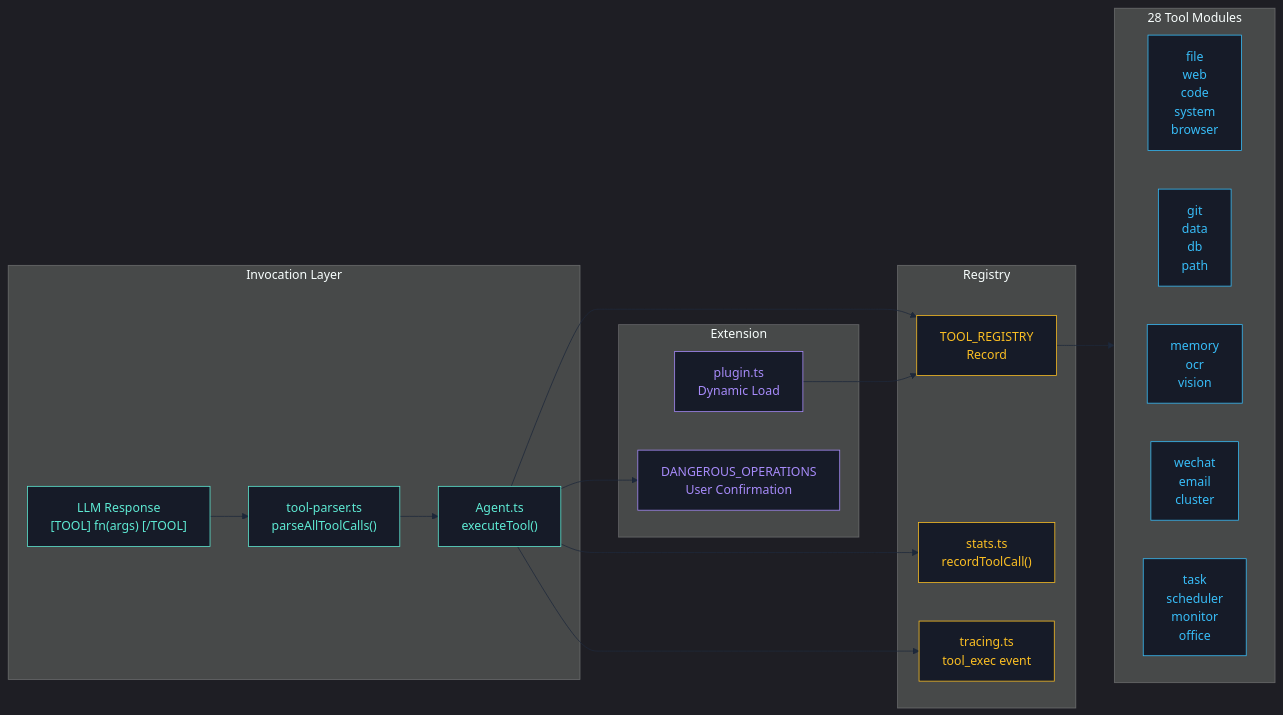
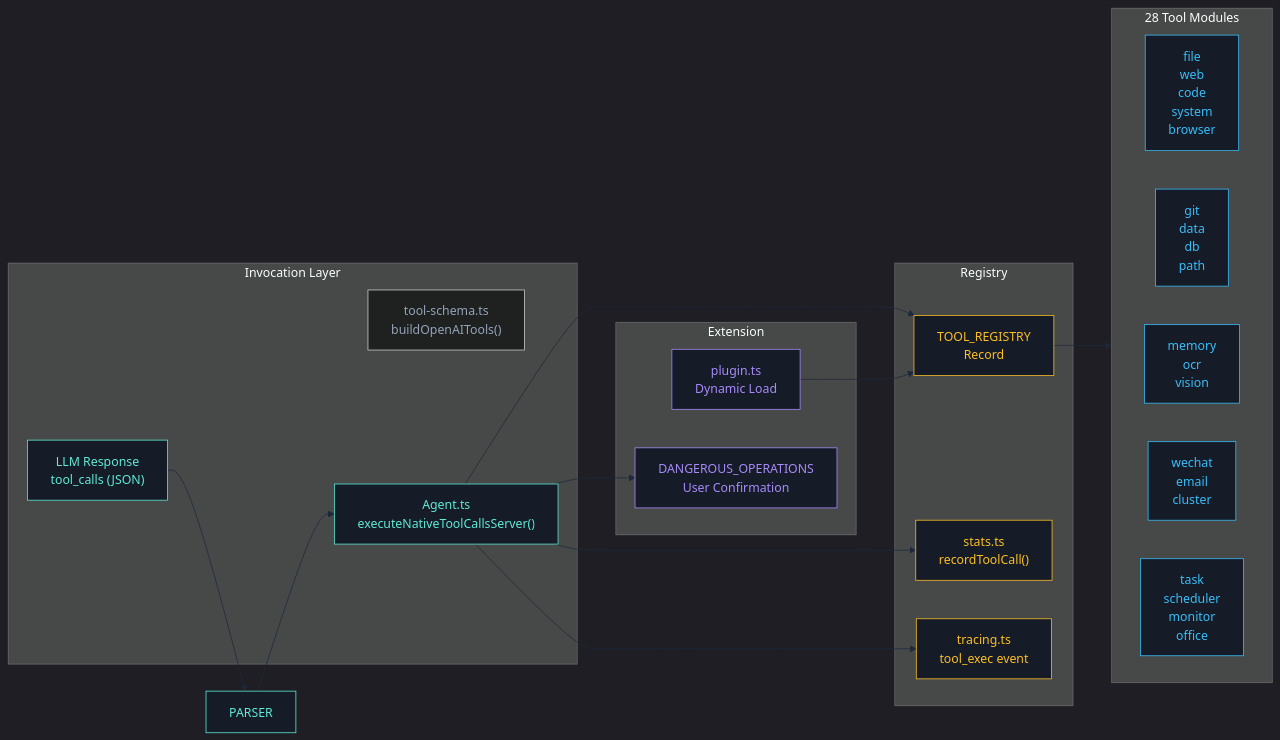
Before and after one commit to 1486853830/CogitoAgent: the first of 3 diagrams in README.md, drawn with Mermaid. The commit also changed other lines of this file and 39 other files, not shown here.

````diff
--- a/README.md
+++ b/README.md
@@ -132,48 +132,48 @@
 ```mermaid
 %%{init: {"theme": "dark", "themeVariables": {"bgColor": "#0b0e14", "primaryColor": "#5eead4", "primaryTextColor": "#5eead4", "primaryBorderColor": "#5eead4", "lineColor": "#1e293b", "textColor": "#94a3b8", "fontFamily": "JetBrains Mono, monospace", "fontSize": "10", "secondaryColor": "#161b28", "tertiaryColor": "#1c2230"}}}%%
 flowchart LR
     subgraph INVOCATION["Invocation Layer"]
-        LLM["LLM Response<br/>[TOOL] fn(args) [/TOOL]"]
-        PARSER["tool-parser.ts<br/>parseAllToolCalls()"]
-        EXECUTOR["Agent.ts<br/>executeTool()"]
+        LLM["LLM Response<br/>tool_calls (JSON)"]
+        SCHEMA["tool-schema.ts<br/>buildOpenAITools()"]
+        EXECUTOR["Agent.ts<br/>executeNativeToolCallsServer()"]
     end
 
     subgraph REGISTRY["Registry"]
         REG["TOOL_REGISTRY<br/>Record<string, ToolEntry>"]
         STATS["stats.ts<br/>recordToolCall()"]
         TRACE["tracing.ts<br/>tool_exec event"]
     end
 
     subgraph MODULES["28 Tool Modules"]
         direction LR
         CORE1["file<br/>web<br/>code<br/>system<br/>browser"]
         CORE2["git<br/>data<br/>db<br/>path"]
         AI["memory<br/>ocr<br/>vision"]
         COMM["wechat<br/>email<br/>cluster"]
         AUTO["task<br/>scheduler<br/>monitor<br/>office"]
     end
 
     subgraph EXTENSION["Extension"]
         PLUGIN["plugin.ts<br/>Dynamic Load"]
         DANGER["DANGEROUS_OPERATIONS<br/>User Confirmation"]
     end
 
     LLM --> PARSER
     PARSER --> EXECUTOR
     EXECUTOR --> REG
     REG --> MODULES
     EXECUTOR --> STATS
     EXECUTOR --> TRACE
     EXECUTOR --> DANGER
     PLUGIN --> REG
 
     classDef invocation fill:#161b28,stroke:#5eead4,color:#5eead4;
     classDef registry fill:#161b28,stroke:#fbbf24,color:#fbbf24;
     classDef modules fill:#161b28,stroke:#38bdf8,color:#38bdf8;
     classDef extension fill:#161b28,stroke:#a78bfa,color:#a78bfa;
 
     class LLM,PARSER,EXECUTOR invocation;
     class REG,STATS,TRACE registry;
     class CORE1,CORE2,AI,COMM,AUTO modules;
     class PLUGIN,DANGER extension;
 ```
````
